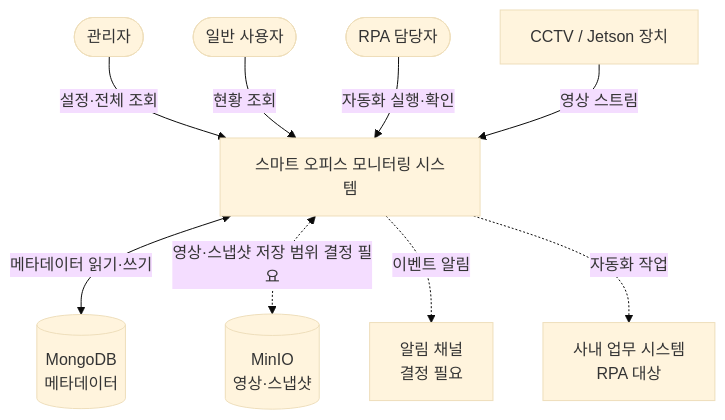
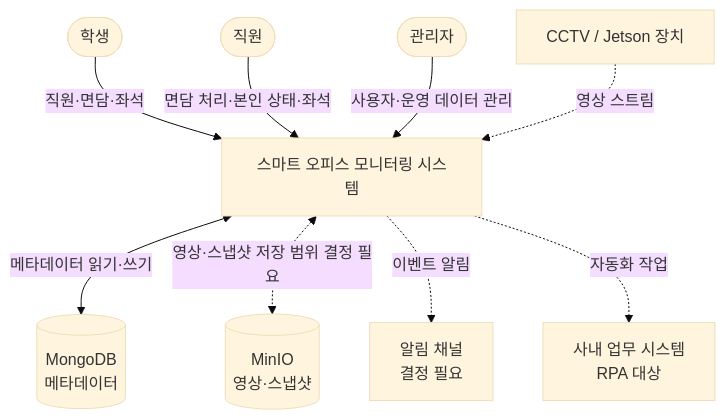
The diagram in docs/architecture/system-context.md (where-is-jo/classroom_monitoring), drawn with Mermaid (base theme) before and after one commit. The commit also changed other lines of this file and 8 other files, not shown here.

````diff
--- a/docs/architecture/system-context.md
+++ b/docs/architecture/system-context.md
@@ -14,24 +14,24 @@
 ```mermaid
 flowchart TB
-    ADMIN([관리자])
-    USER([일반 사용자])
-    OPERATOR([RPA 담당자])
+    STUDENT(["학생"])
+    STAFF(["직원"])
+    ADMIN(["관리자"])
 
-    SYS[스마트 오피스 모니터링 시스템]
+    SYS["스마트 오피스 모니터링 시스템"]
 
-    CAM[CCTV / Jetson 장치]
-    OBJSTORE[(MinIO<br/>영상·스냅샷)]
-    DB[(MongoDB<br/>메타데이터)]
-    NOTIFY[알림 채널<br/>결정 필요]
-    BIZ[사내 업무 시스템<br/>RPA 대상]
+    CAM["CCTV / Jetson 장치"]
+    OBJSTORE[("MinIO<br/>영상·스냅샷")]
+    DB[("MongoDB<br/>메타데이터")]
+    NOTIFY["알림 채널<br/>결정 필요"]
+    BIZ["사내 업무 시스템<br/>RPA 대상"]
 
-    ADMIN -->|설정·전체 조회| SYS
-    USER -->|현황 조회| SYS
-    OPERATOR -->|자동화 실행·확인| SYS
+    STUDENT -->|직원·면담·좌석| SYS
+    STAFF -->|면담 처리·본인 상태·좌석| SYS
+    ADMIN -->|사용자·운영 데이터 관리| SYS
 
-    CAM -->|영상 스트림| SYS
+    CAM -.->|영상 스트림| SYS
     SYS <-->|메타데이터 읽기·쓰기| DB
     SYS <-.->|영상·스냅샷 저장 범위 결정 필요| OBJSTORE
     SYS -.->|이벤트 알림| NOTIFY
     SYS -.->|자동화 작업| BIZ
 ```
````
